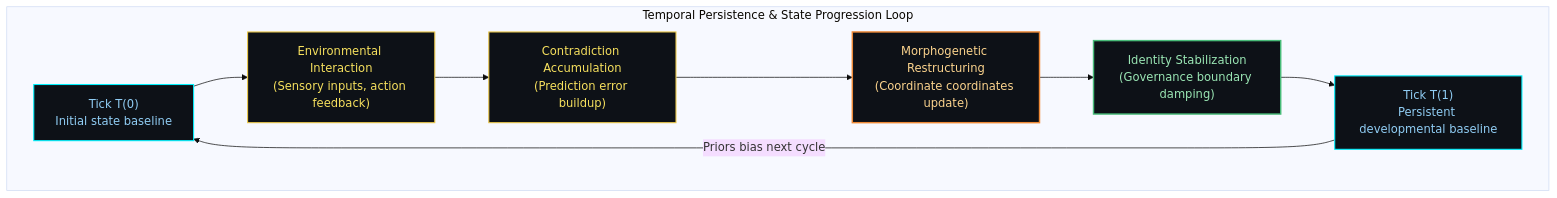
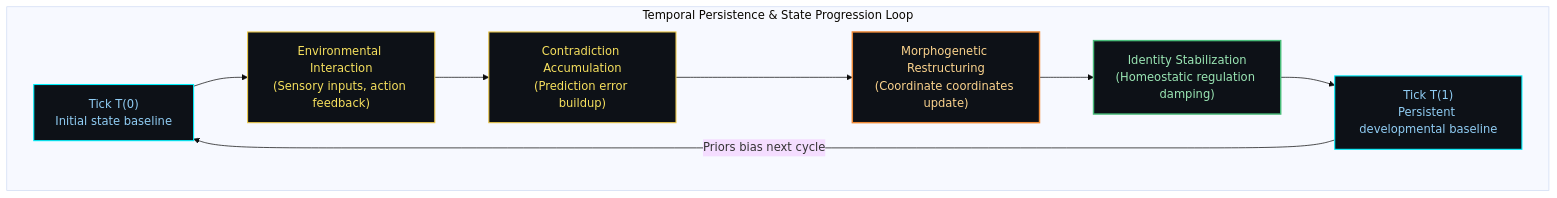
Before and after one commit to rk-roshan-kr/Earthos-public: the seventh of 9 diagrams in docs/architecture.md, drawn with Mermaid (base theme). The commit also changed other lines of this file, not shown here.

Commit message:
docs: complete final master rewrite of architecture.md

````diff
--- a/docs/architecture.md
+++ b/docs/architecture.md
@@ -331,19 +333,19 @@
 ```mermaid
 graph LR
     classDef tick fill:#0d1117,stroke:#00f2fe,stroke-width:1.5px,color:#90cdf4;
     classDef accumulate fill:#0d1117,stroke:#ecc94b,stroke-width:1.5px,color:#f6e05e;
     classDef restructure fill:#0d1117,stroke:#ed8936,stroke-width:2px,color:#fbd38d;
     classDef stable fill:#0d1117,stroke:#48bb78,stroke-width:2px,color:#9ae6b4;
 
     subgraph TEMPORAL_ACCUMULATION ["Temporal Persistence & State Progression Loop"]
         direction LR
         T0["Tick T(0)\nInitial state baseline"]:::tick -->
         Act["Environmental Interaction\n(Sensory inputs, action feedback)"]:::accumulate -->
         Con["Contradiction Accumulation\n(Prediction error buildup)"]:::accumulate -->
         Rest["Morphogenetic Restructuring\n(Coordinate coordinates update)"]:::restructure -->
-        Guard["Identity Stabilization\n(Governance boundary damping)"]:::stable -->
+        Guard["Identity Stabilization\n(Homeostatic regulation damping)"]:::stable -->
         T1["Tick T(1)\nPersistent developmental baseline"]:::tick
         
         T1 -->|Priors bias next cycle| T0
     end
 ```
````
